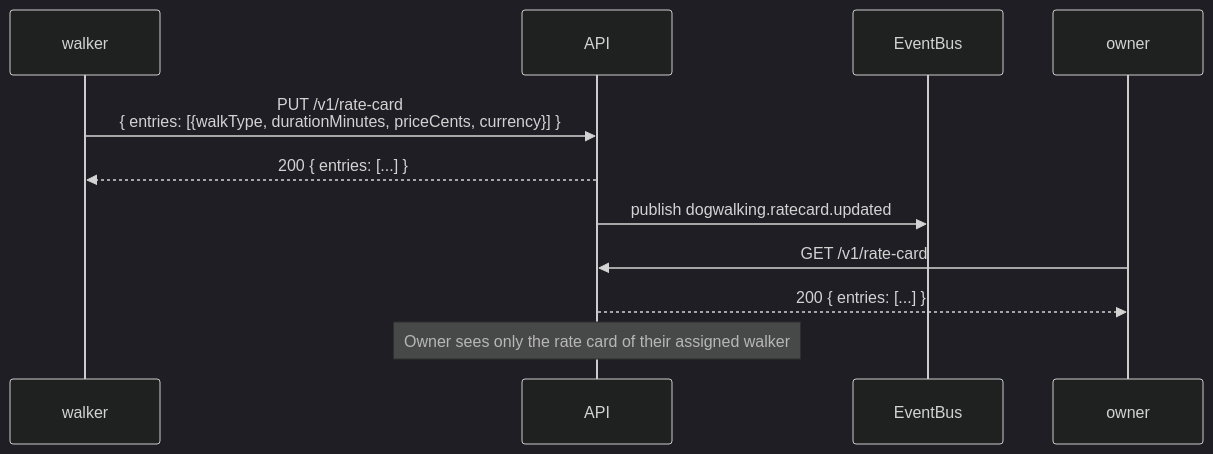
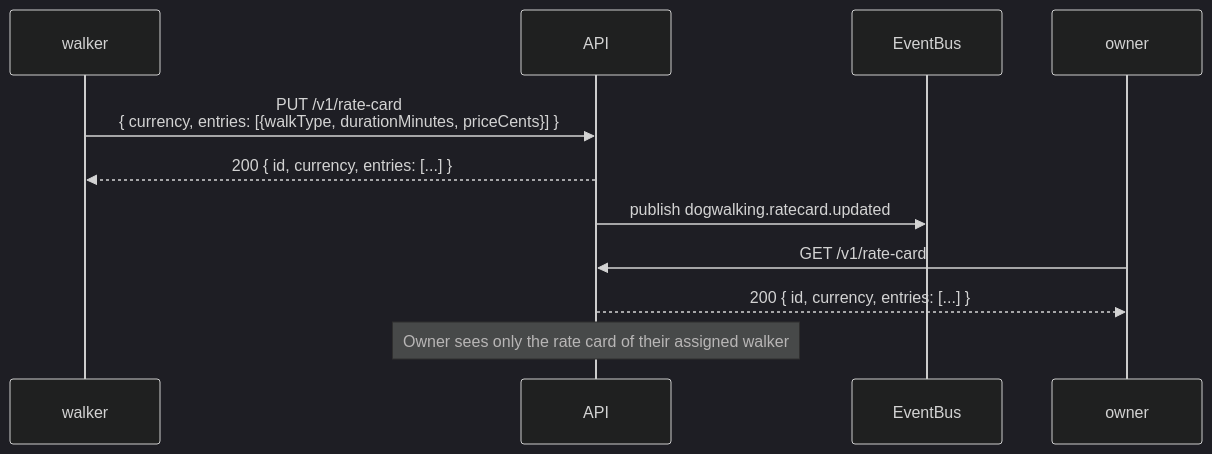
Before and after one commit to dataGriff/spec-dog-walking: diagram 11 of 12 in docs/specifications/sequence-diagrams.md, drawn with Mermaid (dark theme). The commit also changed other lines of this file and 2 other files, not shown here.

First line of the commit message:
feat(flows): fix Flow 1 register body, cover new stories, align keys and ordering

````diff
--- a/docs/specifications/sequence-diagrams.md
+++ b/docs/specifications/sequence-diagrams.md
@@ -258,15 +288,15 @@
 ```mermaid
 sequenceDiagram
     participant walker
     participant API
     participant EventBus
     participant owner
 
-    walker->>API: PUT /v1/rate-card<br/>{ entries: [{walkType, durationMinutes, priceCents, currency}] }
-    API-->>walker: 200 { entries: [...] }
+    walker->>API: PUT /v1/rate-card<br/>{ currency, entries: [{walkType, durationMinutes, priceCents}] }
+    API-->>walker: 200 { id, currency, entries: [...] }
     API->>EventBus: publish dogwalking.ratecard.updated
 
     owner->>API: GET /v1/rate-card
-    API-->>owner: 200 { entries: [...] }
+    API-->>owner: 200 { id, currency, entries: [...] }
     Note over API: Owner sees only the rate card of their assigned walker
 ```
````
